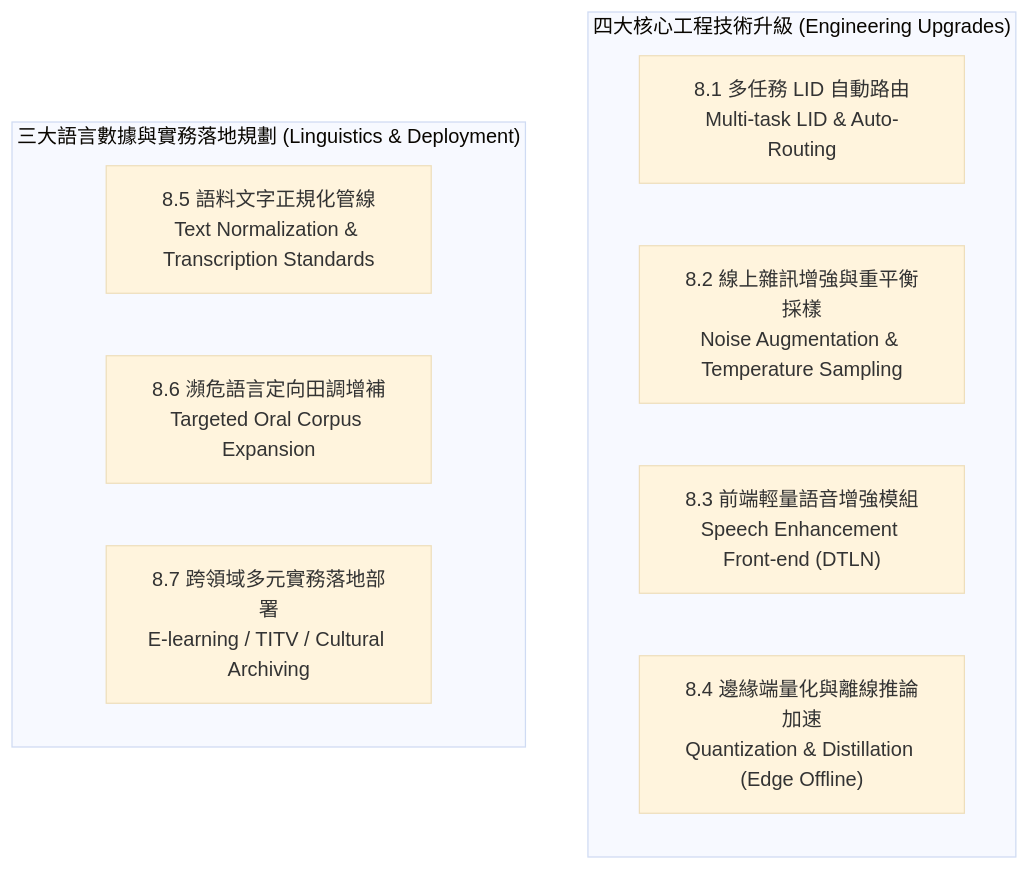
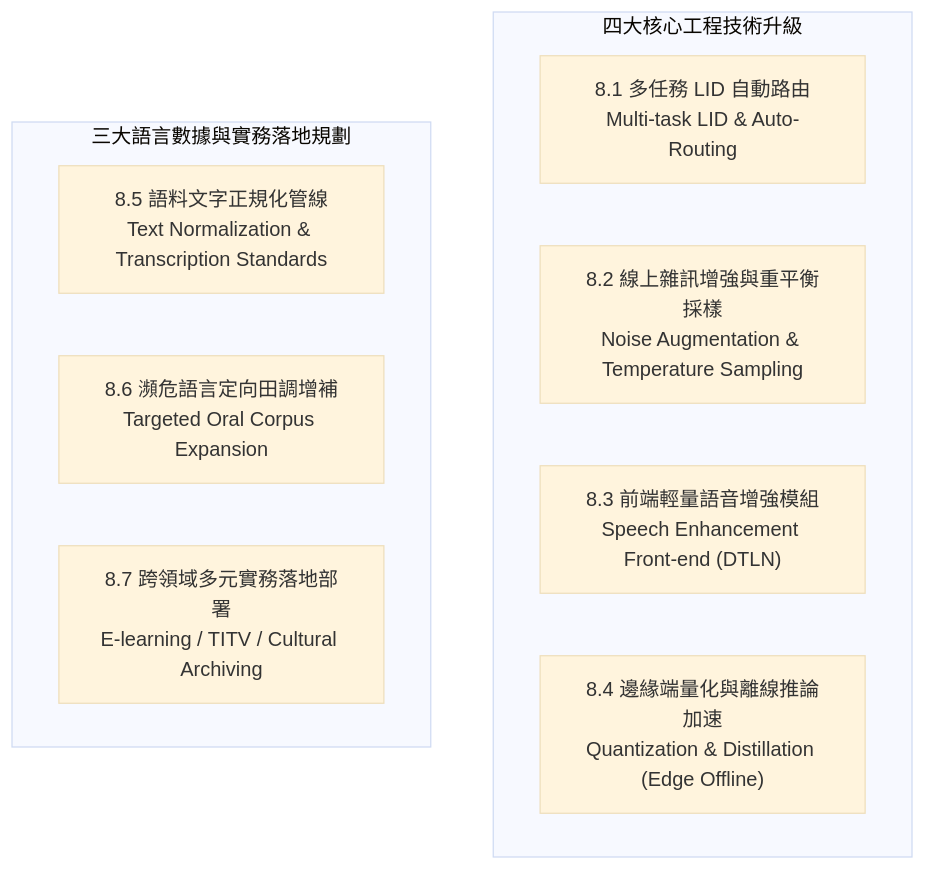
One commit to Voxmosa/Formosan-AI-Reports changed the fourth of 4 diagrams in reports/2026-09-08/asr_technical_report.md. Above: the diagram before and after it, drawn with Mermaid (base theme). The commit also changed other lines of this file and 4 other files, not shown here.

````diff
--- a/reports/2026-09-08/asr_technical_report.md
+++ b/reports/2026-09-08/asr_technical_report.md
@@ -438,14 +438,14 @@
 ```mermaid
 flowchart TD
-    subgraph S1 ["四大核心工程技術升級 (Engineering Upgrades)"]
+    subgraph S1 ["四大核心工程技術升級"]
         T1["8.1 多任務 LID 自動路由<br/>Multi-task LID & Auto-Routing"]
         T2["8.2 線上雜訊增強與重平衡採樣<br/>Noise Augmentation & Temperature Sampling"]
         T3["8.3 前端輕量語音增強模組<br/>Speech Enhancement Front-end (DTLN)"]
         T4["8.4 邊緣端量化與離線推論加速<br/>Quantization & Distillation (Edge Offline)"]
     end
-    subgraph S2 ["三大語言數據與實務落地規劃 (Linguistics & Deployment)"]
+    subgraph S2 ["三大語言數據與實務落地規劃"]
         P1["8.5 語料文字正規化管線<br/>Text Normalization & Transcription Standards"]
         P2["8.6 瀕危語言定向田調增補<br/>Targeted Oral Corpus Expansion"]
         P3["8.7 跨領域多元實務落地部署<br/>E-learning / TITV / Cultural Archiving"]
     end
 ```
````
